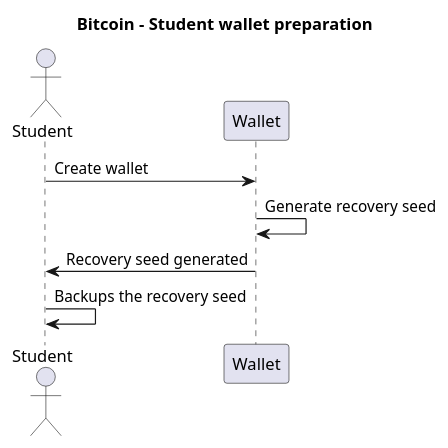
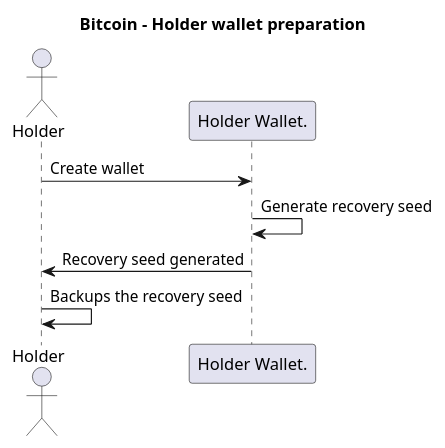
Before and after one commit to input-output-hk/atala-prism: the diagram in credentials-verification/docs/bitcoin/diagrams/student-wallet-preparation.puml, drawn with PlantUML. The commit also changed 14 other files, not shown here.

```diff
--- a/credentials-verification/docs/bitcoin/diagrams/student-wallet-preparation.puml
+++ b/credentials-verification/docs/bitcoin/diagrams/student-wallet-preparation.puml
@@ -1,10 +1,11 @@
 @startuml
-title Bitcoin - Student wallet preparation
+title Bitcoin - Holder wallet preparation
 
-actor Student
+actor Holder
+participant "Holder Wallet." as HolderWallet
 
-Student -> Wallet : Create wallet
-Wallet -> Wallet : Generate recovery seed
-Wallet -> Student : Recovery seed generated
-Student -> Student : Backups the recovery seed
+Holder -> HolderWallet : Create wallet
+HolderWallet -> HolderWallet : Generate recovery seed
+HolderWallet -> Holder : Recovery seed generated
+Holder -> Holder : Backups the recovery seed
 @enduml
```
